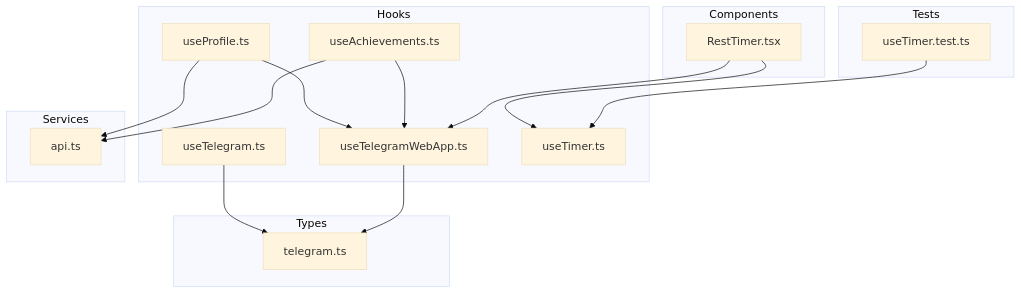
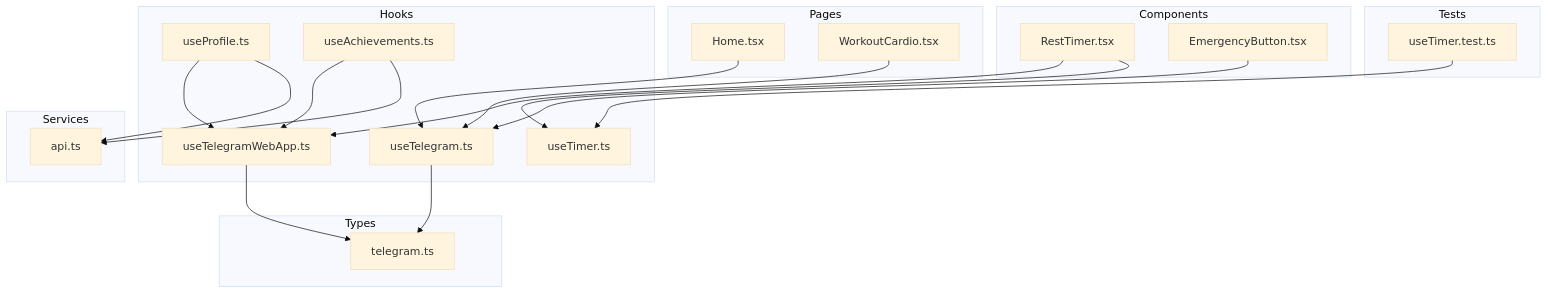
One commit to nilsnavi/fit_trackerpro changed the first of 7 diagrams in .qoder/repowiki/en/content/Frontend Component Architecture/Custom Hooks System.md. Above: the diagram before and after it, drawn with Mermaid (base theme). The commit also changed other lines of this file and 26 other files, not shown here.

````diff
--- a/.qoder/repowiki/en/content/Frontend Component Architecture/Custom Hooks System.md
+++ b/.qoder/repowiki/en/content/Frontend Component Architecture/Custom Hooks System.md
@@ -55,31 +60,39 @@
 ```mermaid
 graph TB
 subgraph "Hooks"
 UP["useProfile.ts"]
 UA["useAchievements.ts"]
 UT["useTelegram.ts"]
 UTA["useTelegramWebApp.ts"]
 UTI["useTimer.ts"]
 end
 subgraph "Services"
 API["api.ts"]
 end
 subgraph "Types"
 TEL["telegram.ts"]
 end
 subgraph "Components"
 RT["RestTimer.tsx"]
+EB["EmergencyButton.tsx"]
+end
+subgraph "Pages"
+HOME["Home.tsx"]
+WCARDIO["WorkoutCardio.tsx"]
 end
 subgraph "Tests"
 TST["useTimer.test.ts"]
 end
 UP --> API
 UA --> API
 UP --> UTA
 UA --> UTA
 UT --> TEL
 UTA --> TEL
 RT --> UTI
 RT --> UTA
+EB --> UT
+HOME --> UT
+WCARDIO --> UT
 TST --> UTI
 ```
````
